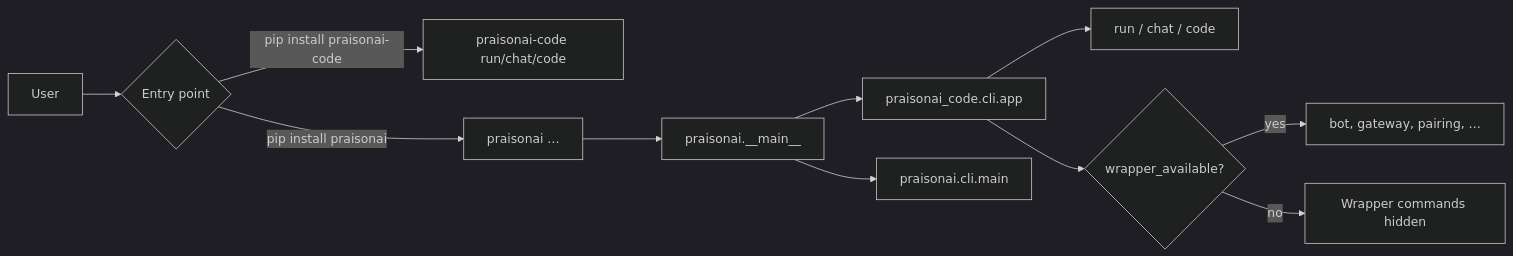
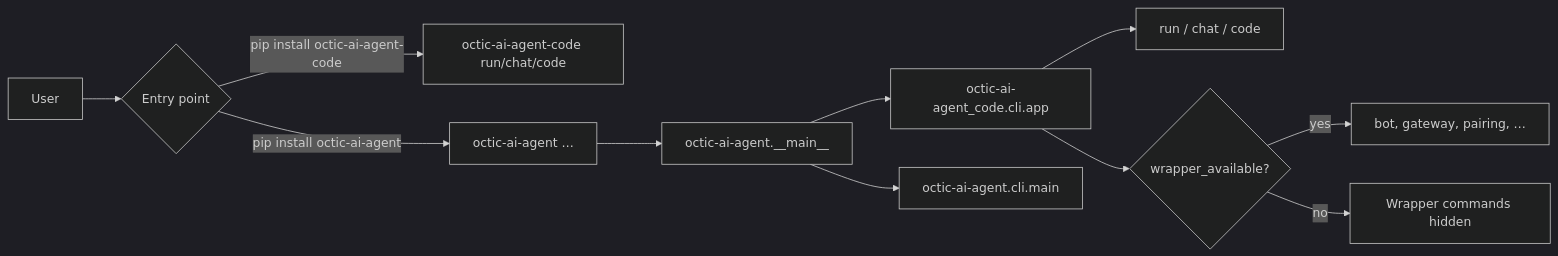
The second of 6 diagrams in ARCHITECTURE.md (Aravindh-dev12/octic-Agent), drawn with Mermaid (dark theme) before and after one commit. The commit also changed other lines of this file and 175 other files, not shown here.

First line of the commit message:
Rename project to Octic AI Agent

````diff
--- a/ARCHITECTURE.md
+++ b/ARCHITECTURE.md
@@ -155,13 +155,13 @@
 ```mermaid
 flowchart LR
   User[User] --> Entry{Entry point}
-  Entry -->|pip install praisonai-code| CodeCLI["praisonai-code run/chat/code"]
-  Entry -->|pip install praisonai| WrapperCLI["praisonai …"]
-  WrapperCLI --> Router["praisonai.__main__"]
-  Router --> CodePath["praisonai_code.cli.app"]
-  Router --> Legacy["praisonai.cli.main"]
+  Entry -->|pip install octic-ai-agent-code| CodeCLI["octic-ai-agent-code run/chat/code"]
+  Entry -->|pip install octic-ai-agent| WrapperCLI["octic-ai-agent …"]
+  WrapperCLI --> Router["octic-ai-agent.__main__"]
+  Router --> CodePath["octic-ai-agent_code.cli.app"]
+  Router --> Legacy["octic-ai-agent.cli.main"]
   CodePath --> HotPath["run / chat / code"]
   CodePath --> Bridge{"wrapper_available?"}
   Bridge -->|yes| WrapperCmds["bot, gateway, pairing, …"]
   Bridge -->|no| Hidden["Wrapper commands hidden"]
 ```
````
